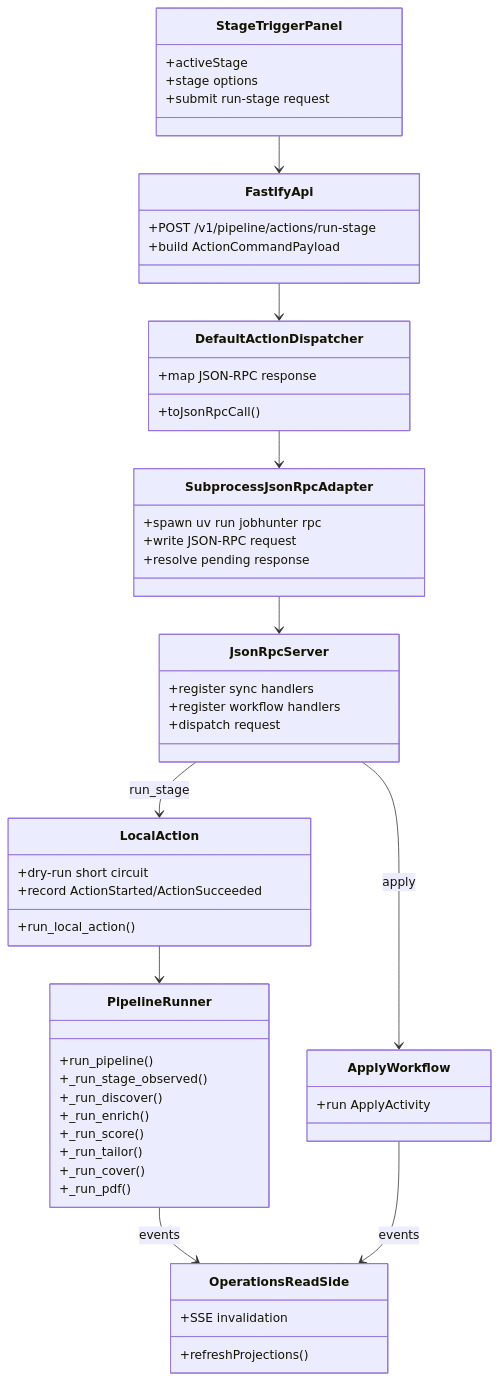
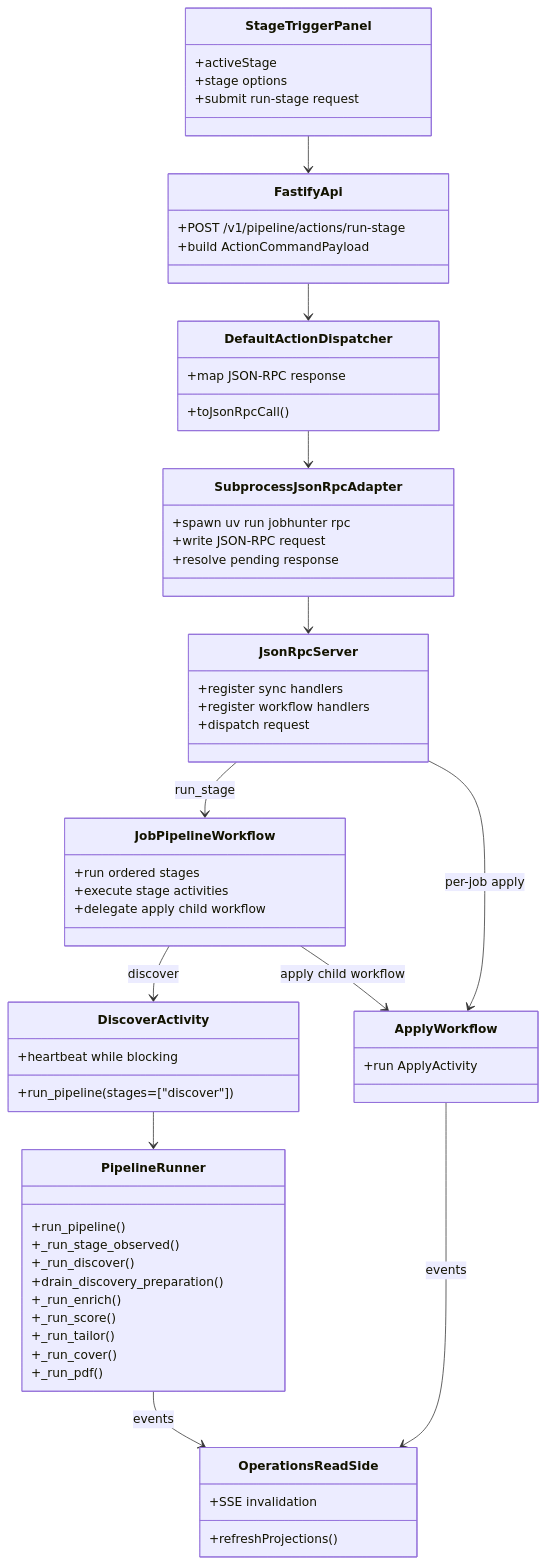
One commit to ebarti/JobCtrl changed the second of 16 diagrams in docs/job-pipeline-architecture.md. Above: the diagram before and after it, drawn with Mermaid. The commit also changed other lines of this file and 4 other files, not shown here.

First line of the commit message:
docs: document discovery preparation flow

````diff
--- a/docs/job-pipeline-architecture.md
+++ b/docs/job-pipeline-architecture.md
@@ -102,58 +130,65 @@
 ```mermaid
 classDiagram
     class StageTriggerPanel {
       +activeStage
       +stage options
       +submit run-stage request
     }
     class FastifyApi {
       +POST /v1/pipeline/actions/run-stage
       +build ActionCommandPayload
     }
     class DefaultActionDispatcher {
       +toJsonRpcCall()
       +map JSON-RPC response
     }
     class SubprocessJsonRpcAdapter {
       +spawn uv run jobhunter rpc
       +write JSON-RPC request
       +resolve pending response
     }
     class JsonRpcServer {
       +register sync handlers
       +register workflow handlers
       +dispatch request
     }
-    class LocalAction {
-      +run_local_action()
-      +dry-run short circuit
-      +record ActionStarted/ActionSucceeded
+    class JobPipelineWorkflow {
+      +run ordered stages
+      +execute stage activities
+      +delegate apply child workflow
+    }
+    class DiscoverActivity {
+      +run_pipeline(stages=["discover"])
+      +heartbeat while blocking
     }
     class PipelineRunner {
       +run_pipeline()
       +_run_stage_observed()
       +_run_discover()
+      +drain_discovery_preparation()
       +_run_enrich()
       +_run_score()
       +_run_tailor()
       +_run_cover()
       +_run_pdf()
     }
     class ApplyWorkflow {
       +run ApplyActivity
     }
     class OperationsReadSide {
       +refreshProjections()
       +SSE invalidation
     }
 
     StageTriggerPanel --> FastifyApi
     FastifyApi --> DefaultActionDispatcher
     DefaultActionDispatcher --> SubprocessJsonRpcAdapter
     SubprocessJsonRpcAdapter --> JsonRpcServer
-    JsonRpcServer --> LocalAction : run_stage
-    JsonRpcServer --> ApplyWorkflow : apply
-    LocalAction --> PipelineRunner
+    JsonRpcServer --> JobPipelineWorkflow : run_stage
+    JsonRpcServer --> ApplyWorkflow : per-job apply
+    JobPipelineWorkflow --> DiscoverActivity : discover
+    JobPipelineWorkflow --> ApplyWorkflow : apply child workflow
+    DiscoverActivity --> PipelineRunner
     PipelineRunner --> OperationsReadSide : events
     ApplyWorkflow --> OperationsReadSide : events
 ```
````
